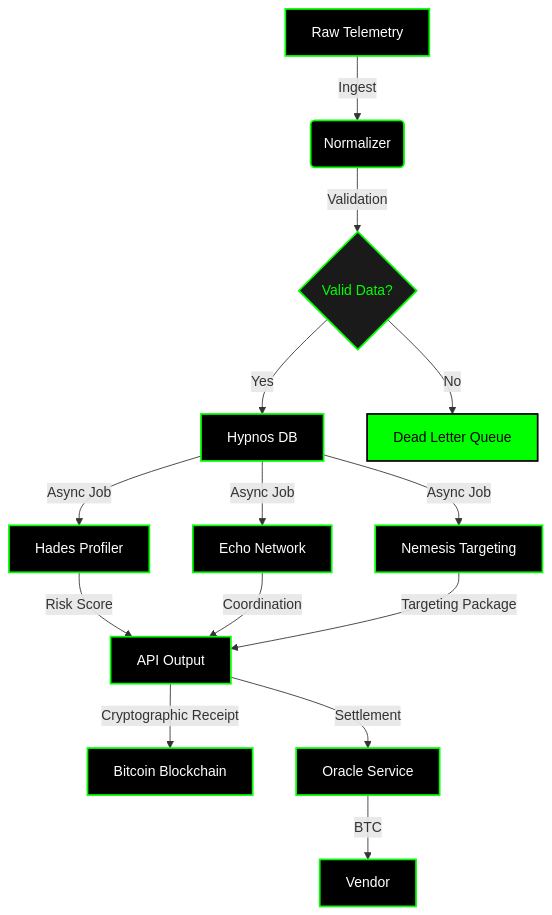
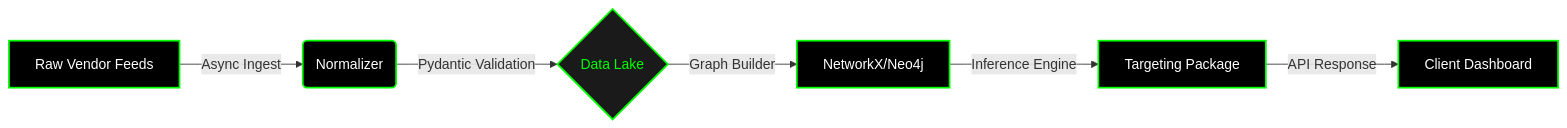
The diagram in README.md (aidanduffy68-prog/USD_FRY), drawn with Mermaid before and after one commit. The commit also changed other lines of this file and 1 other file, not shown here.

````diff
--- a/README.md
+++ b/README.md
@@ -114,24 +32,15 @@
 ```mermaid
-graph TD
-    A[Raw Telemetry] -->|Ingest| B(Normalizer)
-    B -->|Validation| C{Valid Data?}
-    C -->|Yes| D[Hypnos DB]
-    C -->|No| E[Dead Letter Queue]
-    D -->|Async Job| F[Hades Profiler]
-    F -->|Risk Score| G[API Output]
-    D -->|Async Job| H[Echo Network]
-    H -->|Coordination| G
-    D -->|Async Job| I[Nemesis Targeting]
-    I -->|Targeting Package| G
-    G -->|Cryptographic Receipt| J[Bitcoin Blockchain]
-    G -->|Settlement| K[Oracle Service]
-    K -->|BTC| L[Vendor]
+graph LR
+    A[Raw Vendor Feeds] -->|Async Ingest| B(Normalizer)
+    B -->|Pydantic Validation| C{Data Lake}
+    C -->|Graph Builder| D[NetworkX/Neo4j]
+    D -->|Inference Engine| E[Targeting Package]
+    E -->|API Response| F[Client Dashboard]
     
     classDef blackNode fill:#000000,stroke:#00ff00,stroke-width:2px,color:#ffffff
     classDef greenNode fill:#00ff00,stroke:#000000,stroke-width:2px,color:#000000
     classDef decisionNode fill:#1a1a1a,stroke:#00ff00,stroke-width:2px,color:#00ff00
     
-    class A,B,D,F,H,I,G,J,K,L blackNode
-    class E greenNode
+    class A,B,D,E,F blackNode
     class C decisionNode
 ```
````
